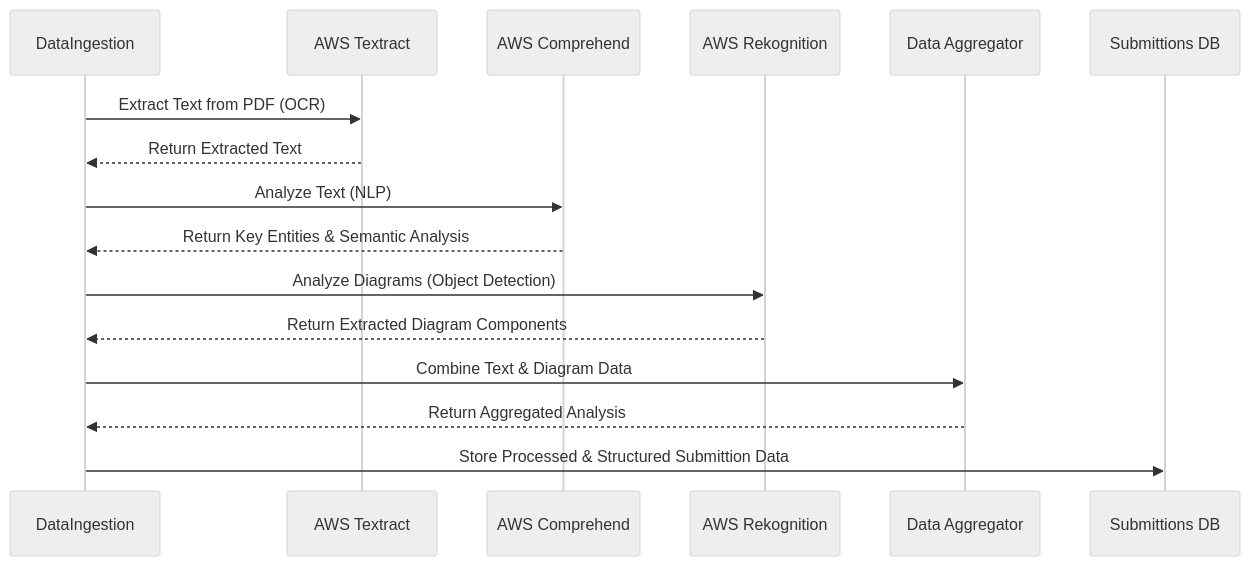
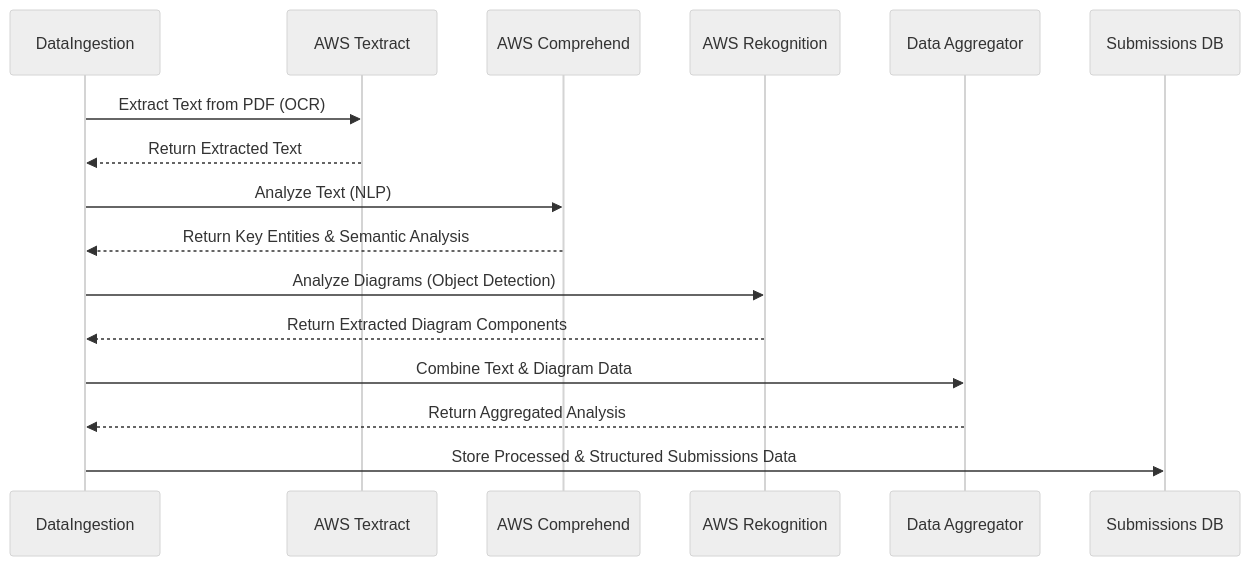
Before and after one commit to architectrons/arch-kata-2025: the second of 5 diagrams in ai_architecture_submittion.md, drawn with Mermaid (neutral theme). The commit also changed other lines of this file, not shown here.

````diff
--- a/ai_architecture_submittion.md
+++ b/ai_architecture_submittion.md
@@ -41,23 +41,23 @@
 ```mermaid
 sequenceDiagram
     participant DataIngestion
     participant AWS Textract
     participant AWS Comprehend
     participant AWS Rekognition
     participant Data Aggregator
-    participant Submittions DB
+    participant Submissions DB
 
     DataIngestion->>AWS Textract: Extract Text from PDF (OCR)
     AWS Textract-->>DataIngestion: Return Extracted Text
 
     DataIngestion->>AWS Comprehend: Analyze Text (NLP)
     AWS Comprehend-->>DataIngestion: Return Key Entities & Semantic Analysis
 
     DataIngestion->>AWS Rekognition: Analyze Diagrams (Object Detection)
     AWS Rekognition-->>DataIngestion: Return Extracted Diagram Components
 
     DataIngestion->>Data Aggregator: Combine Text & Diagram Data
     Data Aggregator-->>DataIngestion: Return Aggregated Analysis
 
-    DataIngestion->>Submittions DB: Store Processed & Structured Submittion Data
+    DataIngestion->>Submissions DB: Store Processed & Structured Submissions Data
 ```
````
